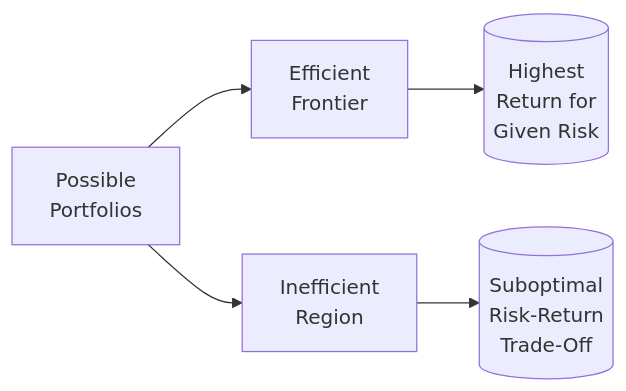
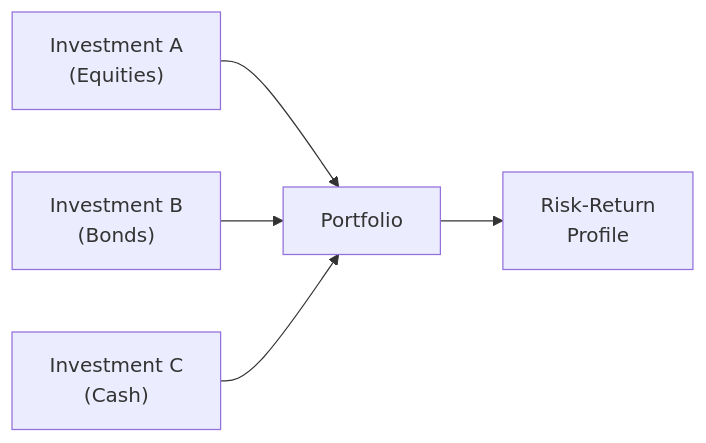
One commit to MasteryEducation/SecuritiesExamsMastery.ca changed the diagram in content/ifc/8/5/index.md. Above: the diagram before and after it, drawn with Mermaid. The commit also changed other lines of this file and 130 other files, not shown here.

````diff
--- a/content/ifc/8/5/index.md
+++ b/content/ifc/8/5/index.md
@@ -75,7 +105,7 @@
 ```mermaid
 graph LR
-A["Possible <br/> Portfolios"] --> B["Efficient <br/> Frontier"]
-A --> C["Inefficient <br/> Region"]
-B --> D[("Highest <br/> Return for <br/> Given Risk")]
-C --> E[("Suboptimal <br/> Risk-Return <br/> Trade-Off")]
+    A["Investment A <br/> (Equities)"] --> B["Portfolio"]
+    C["Investment B <br/> (Bonds)"] --> B["Portfolio"]
+    D["Investment C <br/> (Cash)"] --> B["Portfolio"]
+    B["Portfolio"] --> E["Risk-Return <br/> Profile"]
 ```
````
